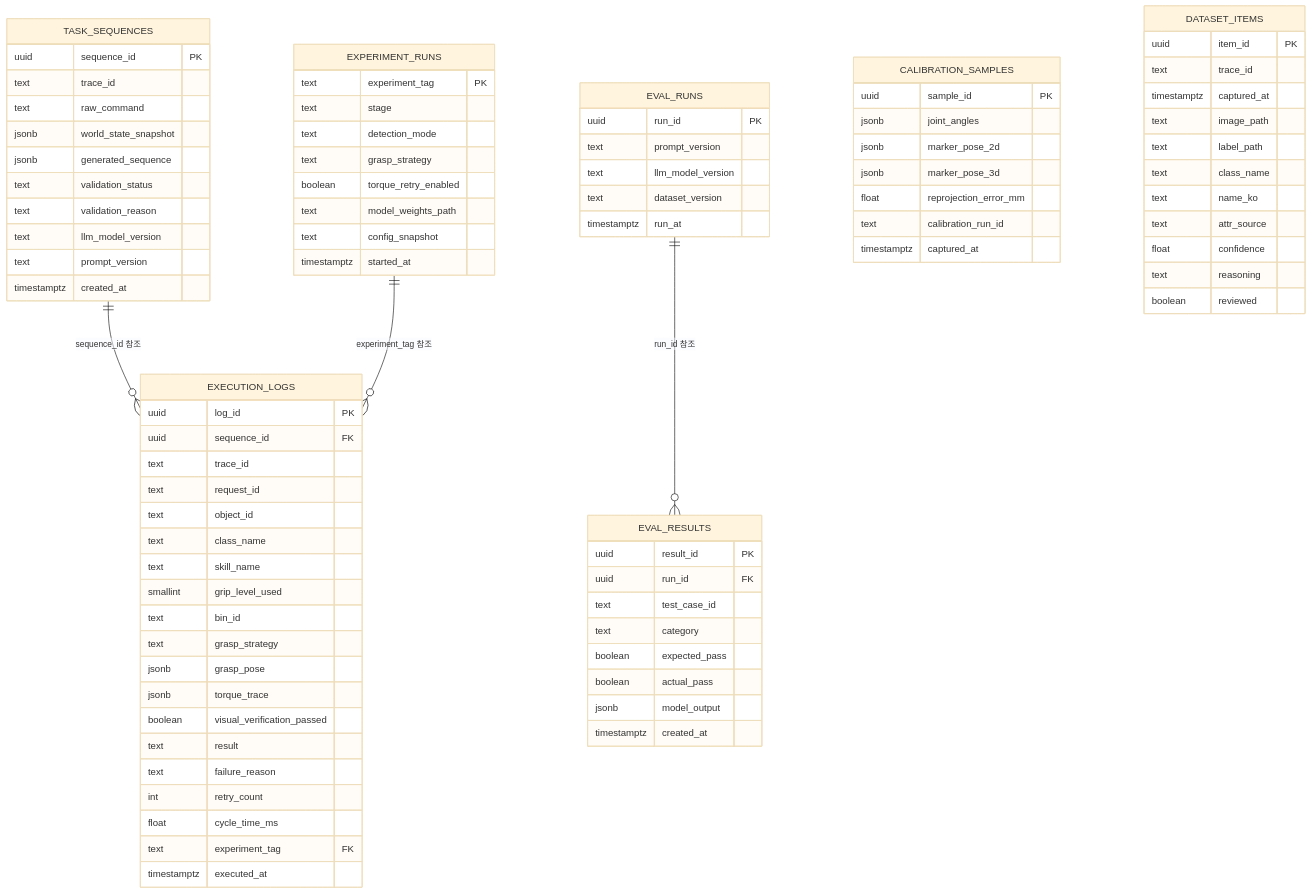
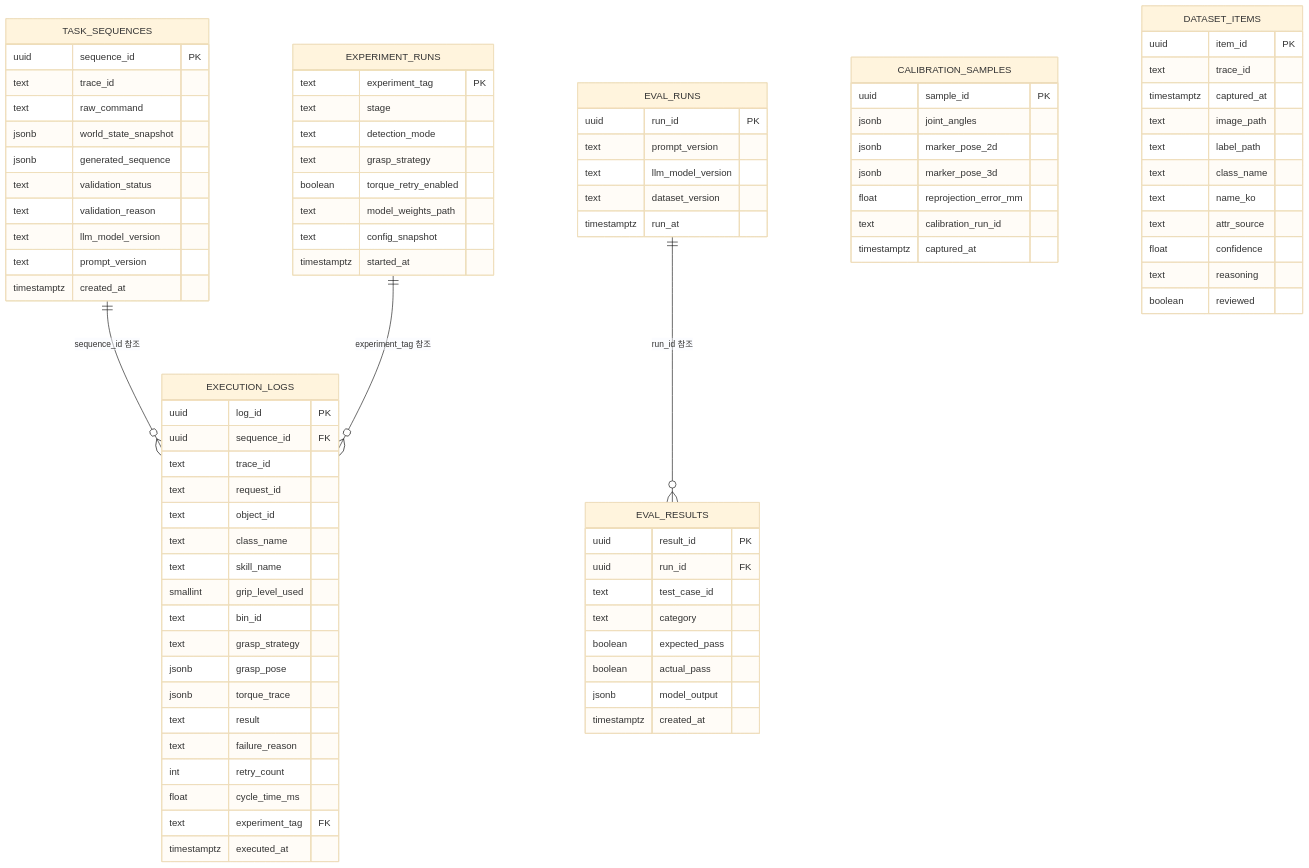
Before and after one commit to Haeyuni/PiecePickingSystem: the diagram in docs/시스템명세서.md, drawn with Mermaid (base theme). The commit also changed other lines of this file and 15 other files, not shown here.

First line of the commit message:
fix: 시각검증(visual_verification) 스텁 기능 전체 제거

```diff
--- a/docs/시스템명세서.md
+++ b/docs/시스템명세서.md
@@ -91,7 +91,6 @@
         text grasp_strategy
         jsonb grasp_pose
         jsonb torque_trace
-        boolean visual_verification_passed
         text result
         text failure_reason
         int retry_count
```
